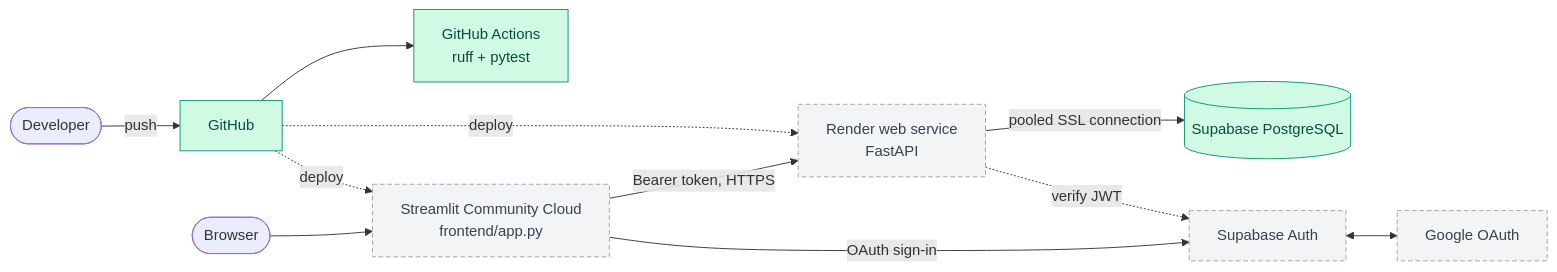
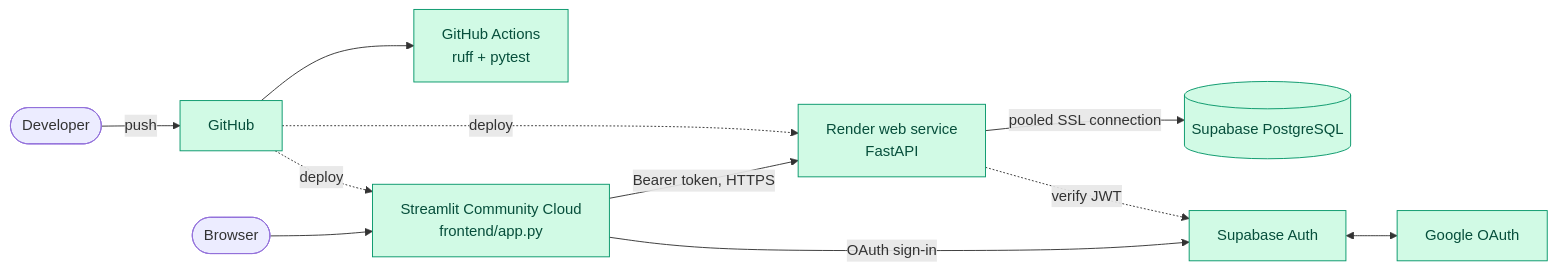
The diagram in docs/07-infrastructure-and-deployment.md (yashdiwan12/Churnscope), drawn with Mermaid before and after one commit. The commit also changed other lines of this file and 8 other files, not shown here.

````diff
--- a/docs/07-infrastructure-and-deployment.md
+++ b/docs/07-infrastructure-and-deployment.md
@@ -16,18 +16,17 @@
 ```mermaid
 flowchart LR
     dev(["Developer"]) -- push --> gh["GitHub"]
     gh --> ci["GitHub Actions<br/>ruff + pytest"]
     br(["Browser"]) --> st["Streamlit Community Cloud<br/>frontend/app.py"]
     st -- "Bearer token, HTTPS" --> rd["Render web service<br/>FastAPI"]
     st -- "OAuth sign-in" --> sa["Supabase Auth"]
     sa <--> go["Google OAuth"]
     rd -- "pooled SSL connection" --> pg[("Supabase PostgreSQL")]
     rd -. "verify JWT" .-> sa
     gh -. "deploy" .-> rd
     gh -. "deploy" .-> st
 
-    class gh,ci,pg built
-    class st,rd,sa,go planned
+    class gh,ci,pg,st,rd,sa,go built
     classDef built fill:#d1fae5,stroke:#059669,color:#064e3b
     classDef planned fill:#f3f4f6,stroke:#9ca3af,stroke-dasharray: 5 3,color:#374151
 ```
````
